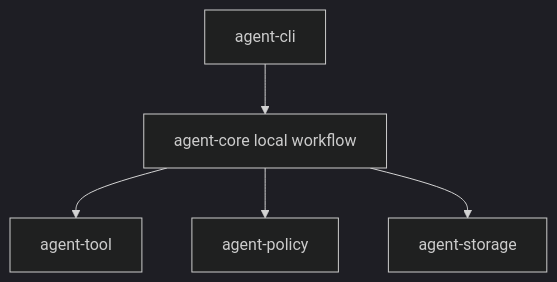
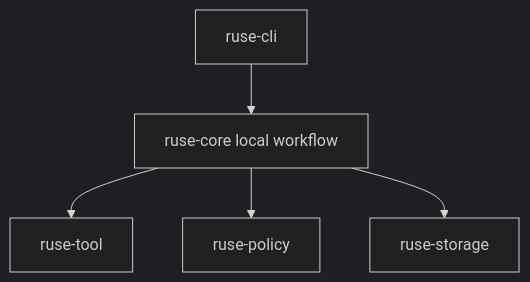
The diagram in docs/specs/M03-05-local-coding-e2e.spec.md (poneding/agent), drawn with Mermaid (dark theme) before and after one commit. The commit also changed other lines of this file and 2091 other files, not shown here.

First line of the commit message:
refactor: rename agent branding to ruse

````diff
--- a/docs/specs/M03-05-local-coding-e2e.spec.md
+++ b/docs/specs/M03-05-local-coding-e2e.spec.md
@@ -31,7 +31,7 @@
 ```mermaid
 flowchart TD
-  agent_cli["agent-cli"] --> agent_core["agent-core local workflow"]
-  agent_core --> agent_tool["agent-tool"]
-  agent_core --> agent_policy["agent-policy"]
-  agent_core --> agent_storage["agent-storage"]
+  ruse_cli["ruse-cli"] --> ruse_core["ruse-core local workflow"]
+  ruse_core --> ruse_tool["ruse-tool"]
+  ruse_core --> ruse_policy["ruse-policy"]
+  ruse_core --> ruse_storage["ruse-storage"]
 ```
````
